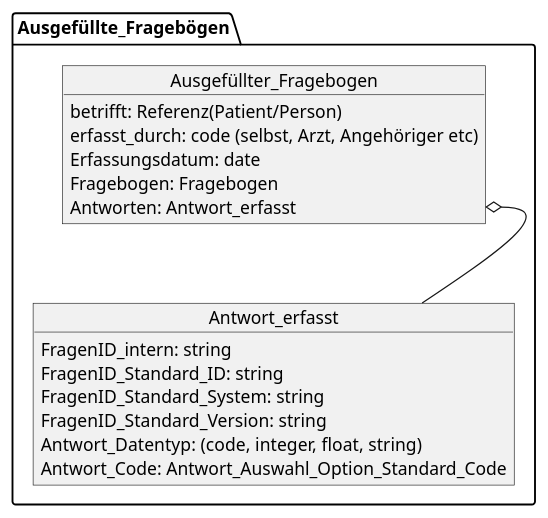
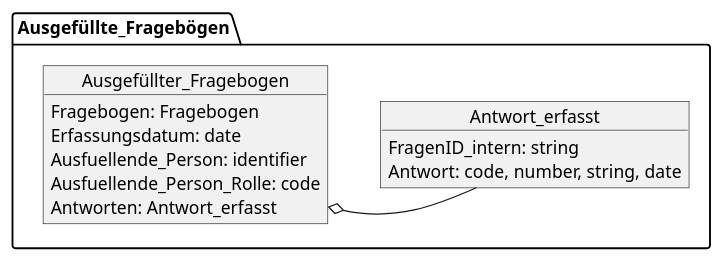
Before and after one commit to medizininformatik-initiative/kerndatensatzmodul-proms: the diagram in input/Images/Logical_Model_UML_Questionnaire_Response.pu, drawn with PlantUML. The commit also changed 3 other files, not shown here.

```diff
--- a/input/Images/Logical_Model_UML_Questionnaire_Response.pu
+++ b/input/Images/Logical_Model_UML_Questionnaire_Response.pu
@@ -1,22 +1,18 @@
 @startuml MII_PROMs_Fragebögen
 package Ausgefüllte_Fragebögen {
     object Ausgefüllter_Fragebogen {
-    
-        betrifft: Referenz(Patient/Person)
-        erfasst_durch: code (selbst, Arzt, Angehöriger etc)
+        Fragebogen: Fragebogen
         Erfassungsdatum: date
-        Fragebogen: Fragebogen
+        Ausfuellende_Person: identifier
+        Ausfuellende_Person_Rolle: code 
         Antworten: Antwort_erfasst
     }
     object Antwort_erfasst {
         FragenID_intern: string
-        FragenID_Standard_ID: string
-        FragenID_Standard_System: string
-        FragenID_Standard_Version: string
-        Antwort_Datentyp: (code, integer, float, string)
-        Antwort_Code: Antwort_Auswahl_Option_Standard_Code
+        Antwort: code, number, string, date
+
     }
-    Ausgefüllter_Fragebogen::Antworten o-- Antwort_erfasst
+    Ausgefüllter_Fragebogen::Antworten o-right- Antwort_erfasst
 }
 
 @enduml
```
